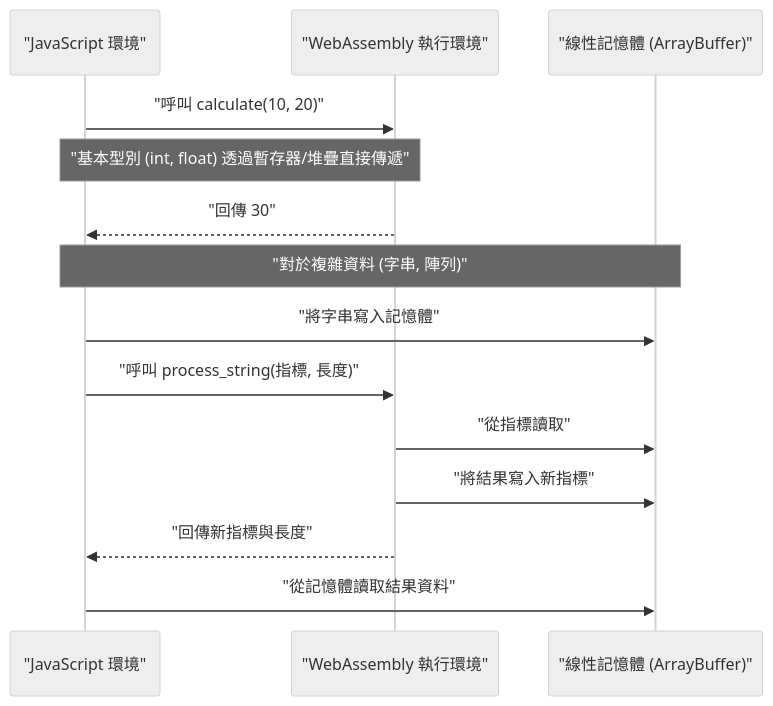
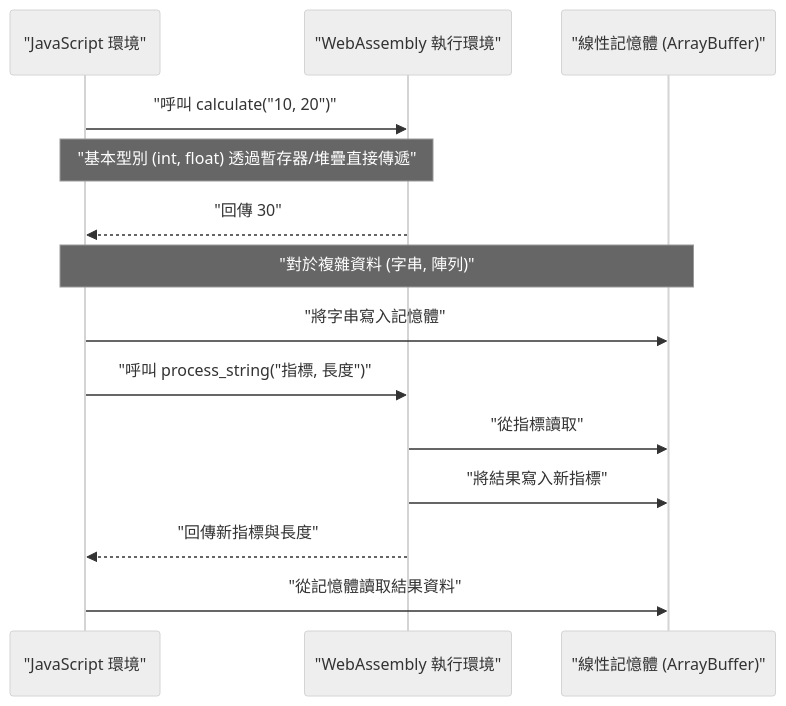
The second of 3 diagrams in content/post/webassembly出力/index.zh-tw.md (kenjinote/blog), drawn with Mermaid (neutral theme) before and after one commit. The commit also changed 929 other files, not shown here.

Commit message:
fix: Add double quotes to all Mermaid node texts to resolve syntax errors

````diff
--- a/content/post/webassembly出力/index.zh-tw.md
+++ b/content/post/webassembly出力/index.zh-tw.md
@@ -220,18 +220,18 @@
 ```mermaid
 sequenceDiagram
   participant JS as "JavaScript 環境"
   participant Wasm as "WebAssembly 執行環境"
   participant Mem as "線性記憶體 (ArrayBuffer)"
 
-  JS->>Wasm: "呼叫 calculate(10, 20)"
+  JS->>Wasm: "呼叫 calculate("10, 20")"
   note over JS,Wasm: "基本型別 (int, float) 透過暫存器/堆疊直接傳遞"
   Wasm-->>JS: "回傳 30"
 
   note over JS, Mem: "對於複雜資料 (字串, 陣列)"
   JS->>Mem: "將字串寫入記憶體"
-  JS->>Wasm: "呼叫 process_string(指標, 長度)"
+  JS->>Wasm: "呼叫 process_string("指標, 長度")"
   Wasm->>Mem: "從指標讀取"
   Wasm->>Mem: "將結果寫入新指標"
   Wasm-->>JS: "回傳新指標與長度"
   JS->>Mem: "從記憶體讀取結果資料"
 ```
````
